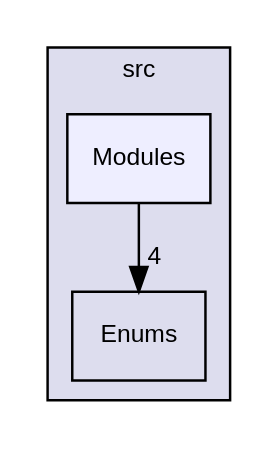
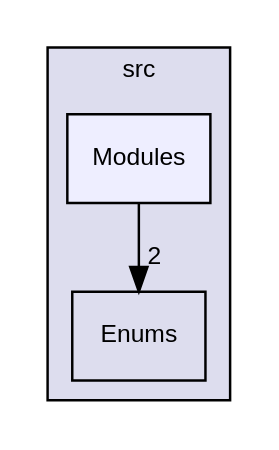
The diagram in doc/dir_eeb7fcc90d516a232deaaf4de23f9c95_dep.dot (smejkalpetr/lib-ansi), drawn with Graphviz before and after one commit. The commit also changed 117 other files, not shown here.

```diff
--- a/doc/dir_eeb7fcc90d516a232deaaf4de23f9c95_dep.dot
+++ b/doc/dir_eeb7fcc90d516a232deaaf4de23f9c95_dep.dot
@@ -1,11 +1,11 @@
 digraph "src/Modules" {
   compound=true
   node [ fontsize="10", fontname="Helvetica"];
   edge [ labelfontsize="10", labelfontname="Helvetica"];
   subgraph clusterdir_68267d1309a1af8e8297ef4c3efbcdba {
     graph [ bgcolor="#ddddee", pencolor="black", label="src" fontname="Helvetica", fontsize="10", URL="dir_68267d1309a1af8e8297ef4c3efbcdba.html"]
   dir_804e9c8a6f85b64a196ad58c4618e191 [shape=box label="Enums" URL="dir_804e9c8a6f85b64a196ad58c4618e191.html"];
   dir_eeb7fcc90d516a232deaaf4de23f9c95 [shape=box, label="Modules", style="filled", fillcolor="#eeeeff", pencolor="black", URL="dir_eeb7fcc90d516a232deaaf4de23f9c95.html"];
   }
-  dir_eeb7fcc90d516a232deaaf4de23f9c95->dir_804e9c8a6f85b64a196ad58c4618e191 [headlabel="4", labeldistance=1.5 headhref="dir_000002_000001.html"];
+  dir_eeb7fcc90d516a232deaaf4de23f9c95->dir_804e9c8a6f85b64a196ad58c4618e191 [headlabel="2", labeldistance=1.5 headhref="dir_000002_000001.html"];
 }
```
